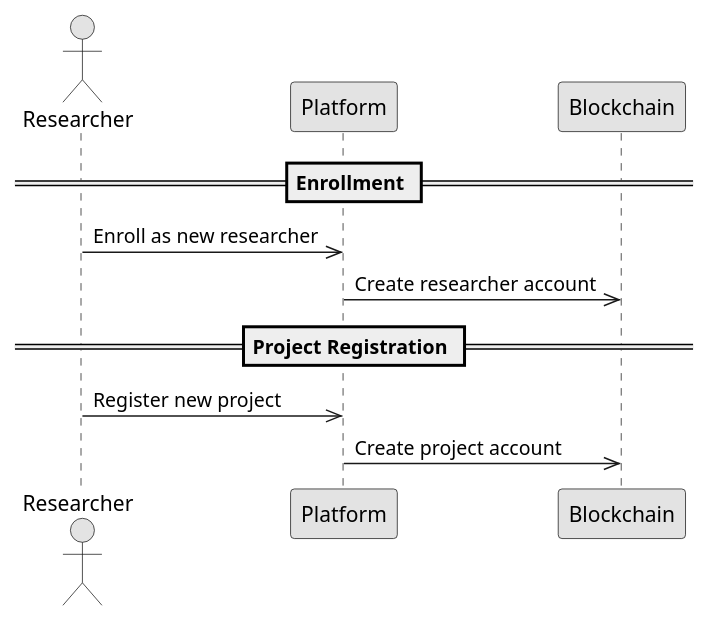
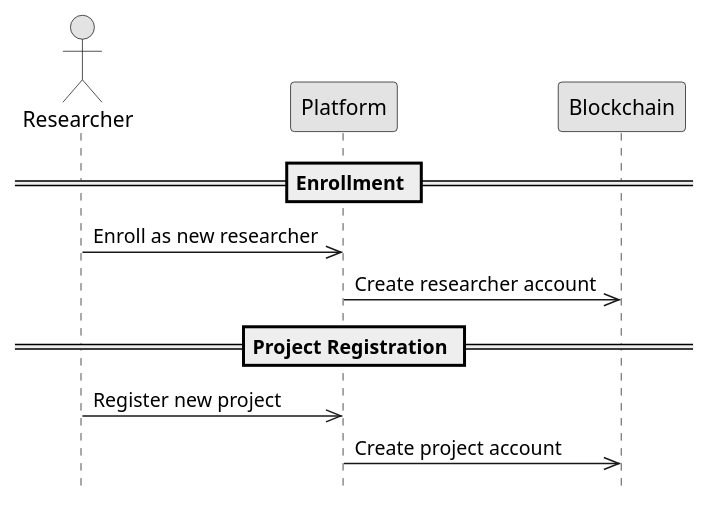
One commit to OliveiraEdu/d-OSP changed the diagram in diagrams/plantUML/c4_platform_operations_1_2.wsd. Above: the diagram before and after it, drawn with PlantUML. The commit also changed 27 other files, not shown here.

Commit message:
new diagrams

```diff
--- a/diagrams/plantUML/c4_platform_operations_1_2.wsd
+++ b/diagrams/plantUML/c4_platform_operations_1_2.wsd
@@ -1,18 +1,20 @@
 @startuml
 
 ' title Open Science Platform – Researcher Enrollment and Project Registration
 skinparam monochrome true
+
+hide footbox
 
 actor Researcher as R
 participant Platform as "Platform"
 participant Blockchain as "Blockchain"
 
 == Enrollment ==
 R ->> Platform: Enroll as new researcher
 Platform ->> Blockchain: Create researcher account
 
 == Project Registration ==
 R ->> Platform: Register new project
 Platform ->> Blockchain: Create project account
 
 @enduml
```
